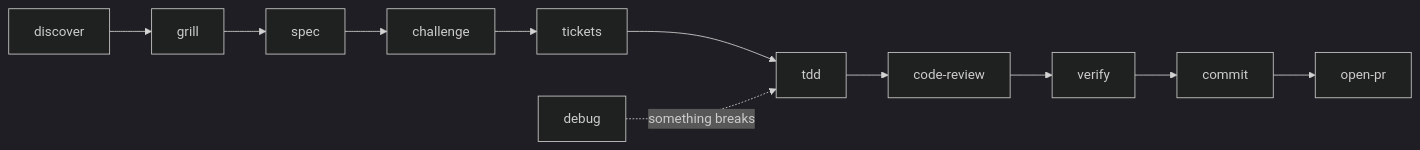
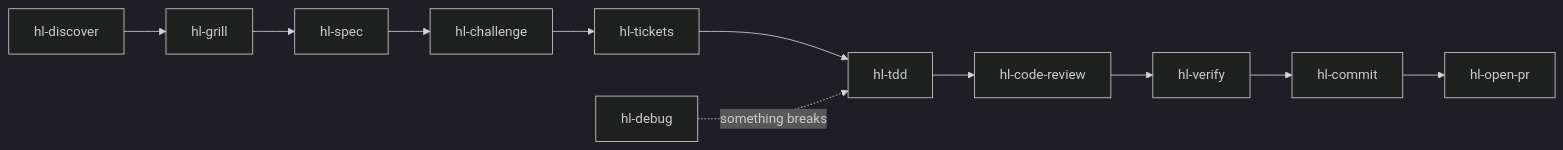
Before and after one commit to HugoLopes45/hl-skills: the diagram in README.md, drawn with Mermaid (dark theme). The commit also changed other lines of this file and 127 other files, not shown here.

````diff
--- a/README.md
+++ b/README.md
@@ -147,5 +147,5 @@
 ```mermaid
 flowchart LR
-  discover --> grill --> spec --> challenge --> tickets --> tdd --> review["code-review"] --> verify --> commit --> pr["open-pr"]
-  debug -. "something breaks" .-> tdd
+  discover["hl-discover"] --> grill["hl-grill"] --> spec["hl-spec"] --> challenge["hl-challenge"] --> tickets["hl-tickets"] --> tdd["hl-tdd"] --> review["hl-code-review"] --> verify["hl-verify"] --> commit["hl-commit"] --> pr["hl-open-pr"]
+  debug["hl-debug"] -. "something breaks" .-> tdd
 ```
````
